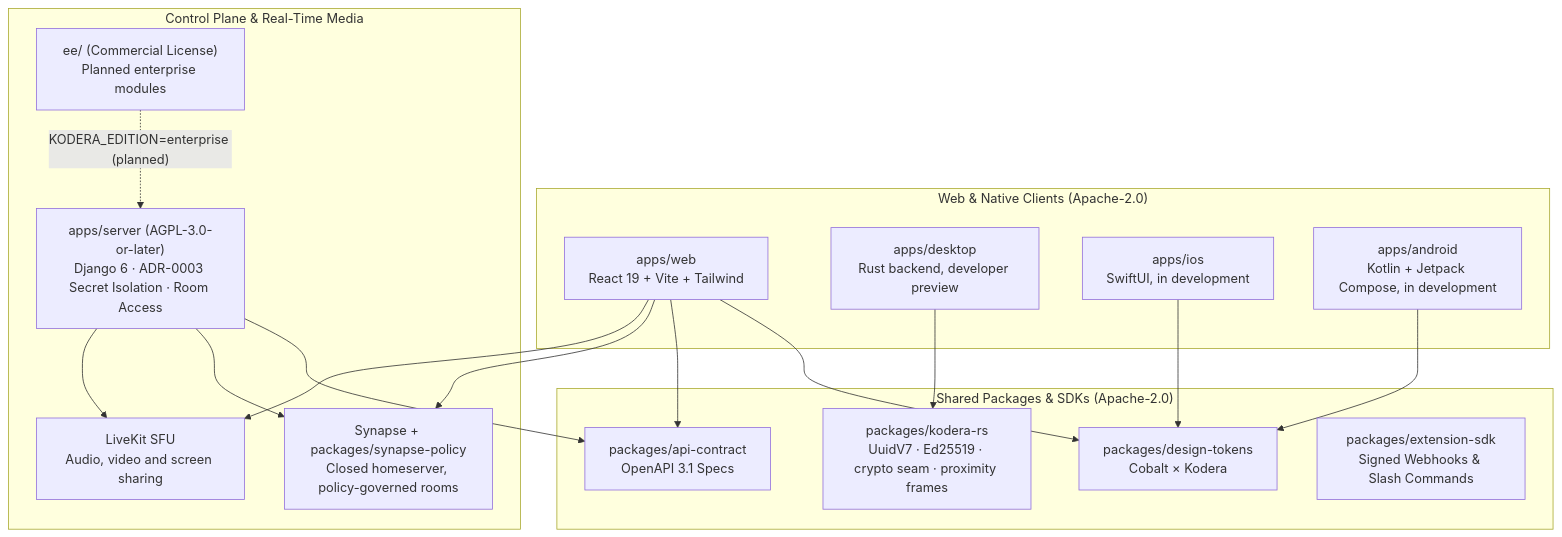
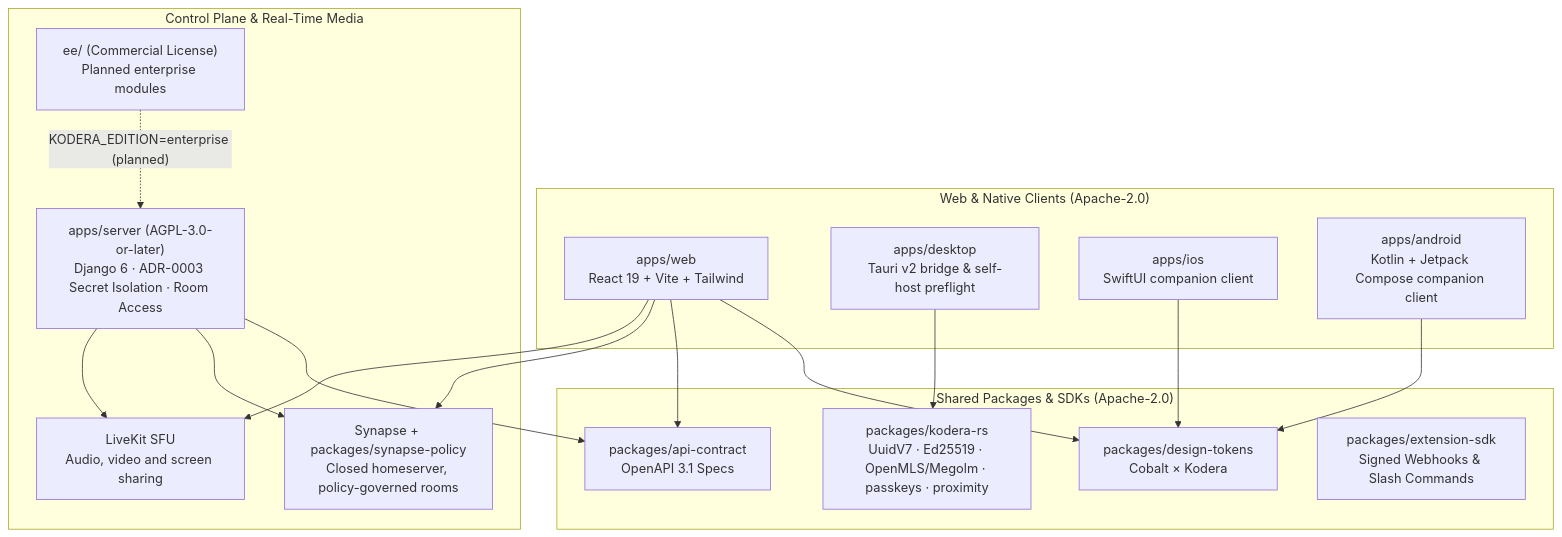
The diagram in README.md (kodera-hq/kodera), drawn with Mermaid before and after one commit. The commit also changed other lines of this file and 3 other files, not shown here.

Commit message:
docs: sync README, ARCHITECTURE, ROADMAP and status with Waves 4-7

````diff
--- a/README.md
+++ b/README.md
@@ -70,42 +70,42 @@
 ```mermaid
 flowchart TB
   subgraph Clients["Web & Native Clients (Apache-2.0)"]
     WEB["`apps/web
 React 19 + Vite + Tailwind`"]
     DESK["`apps/desktop
-Rust backend, developer preview`"]
+Tauri v2 bridge & self-host preflight`"]
     IOS["`apps/ios
-SwiftUI, in development`"]
+SwiftUI companion client`"]
     AND["`apps/android
-Kotlin + Jetpack Compose, in development`"]
+Kotlin + Jetpack Compose companion client`"]
   end
 
   subgraph Shared["Shared Packages & SDKs (Apache-2.0)"]
     RS["`packages/kodera-rs
-UuidV7 · Ed25519 · crypto seam · proximity frames`"]
+UuidV7 · Ed25519 · OpenMLS/Megolm · passkeys · proximity`"]
     TOK["`packages/design-tokens
 Cobalt × Kodera`"]
     API["`packages/api-contract
 OpenAPI 3.1 Specs`"]
     SDK["`packages/extension-sdk
 Signed Webhooks & Slash Commands`"]
   end
 
   subgraph Backend["Control Plane & Real-Time Media"]
     SRV["`apps/server (AGPL-3.0-or-later)
 Django 6 · ADR-0003 Secret Isolation · Room Access`"]
     SYN["`Synapse + packages/synapse-policy
 Closed homeserver, policy-governed rooms`"]
     LK["`LiveKit SFU
 Audio, video and screen sharing`"]
     EE["`ee/ (Commercial License)
 Planned enterprise modules`"]
   end
 
   WEB --> TOK & API
   WEB --> SYN & LK
   DESK --> RS
   IOS & AND --> TOK
   SRV --> API & SYN & LK
   EE -. "KODERA_EDITION=enterprise (planned)" .-> SRV
 ```
````
